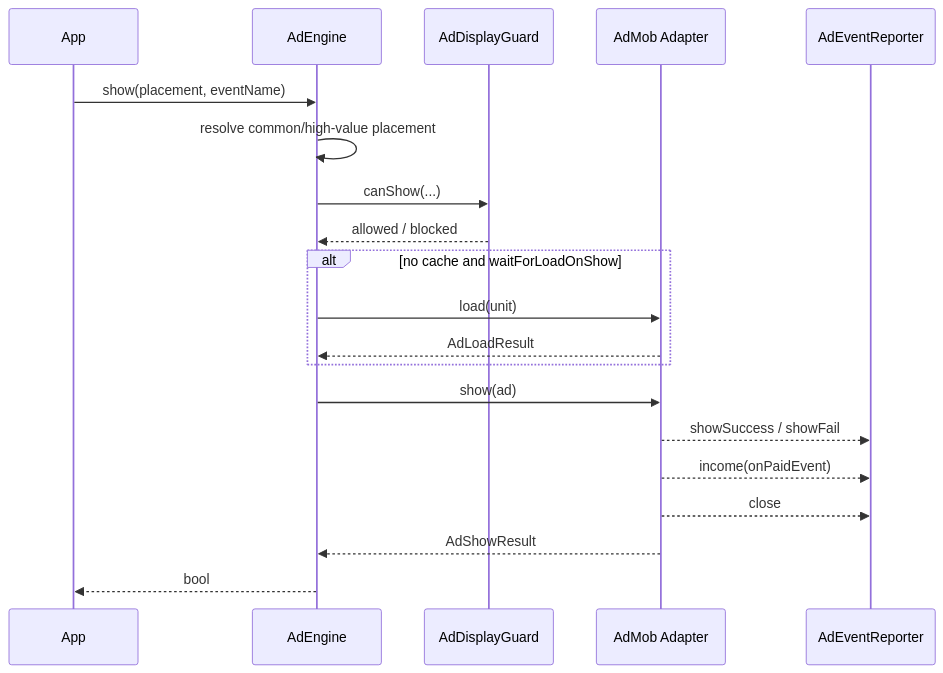
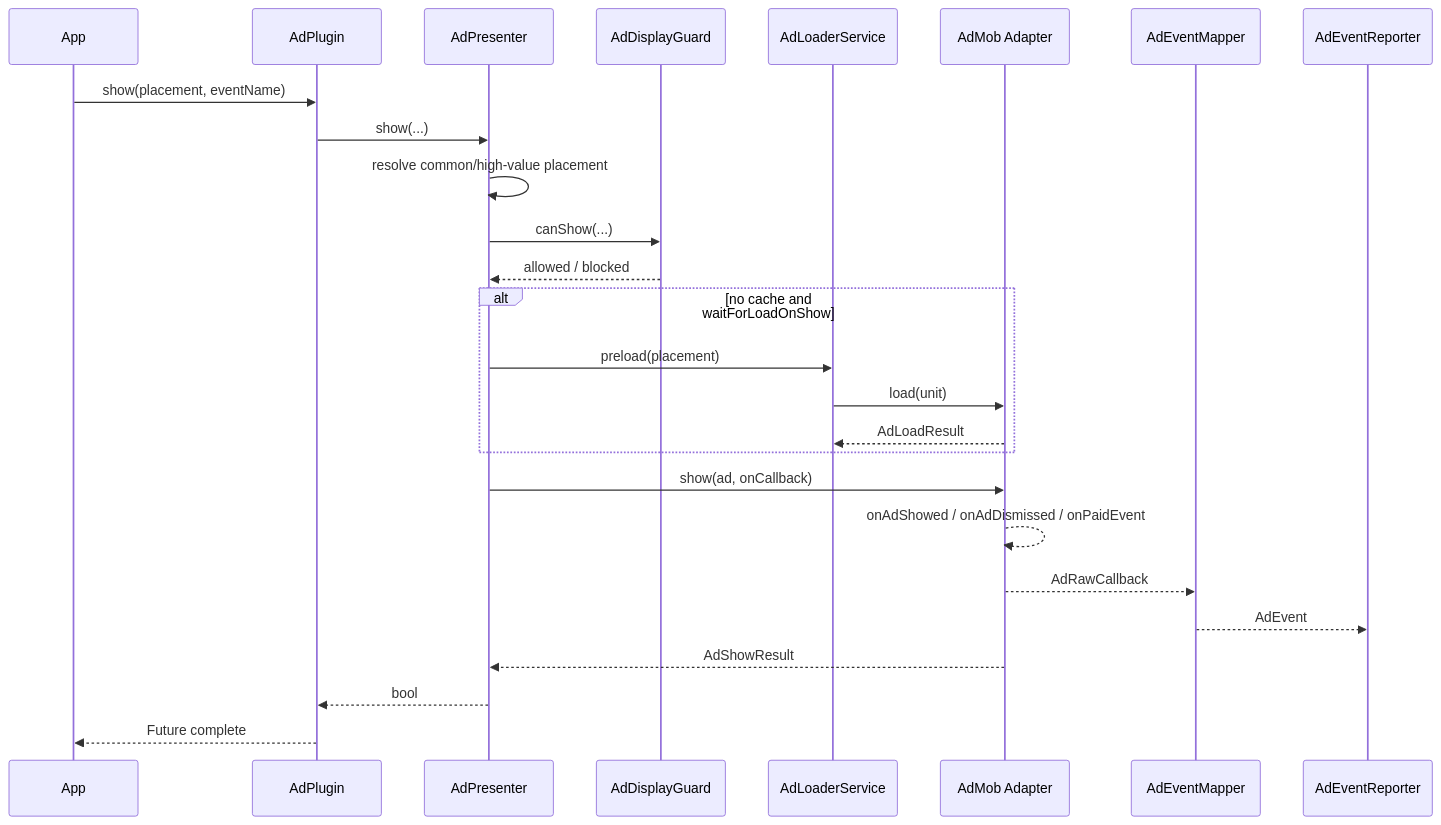
The fourth of 8 diagrams in README.md (yanmingLiu/flutter_ad_plugin), drawn with Mermaid before and after one commit. The commit also changed other lines of this file and 31 other files, not shown here.

````diff
--- a/README.md
+++ b/README.md
@@ -663,23 +704,29 @@
 ```mermaid
 sequenceDiagram
   participant App
-  participant Engine as AdEngine
+  participant Plugin as AdPlugin
+  participant Presenter as AdPresenter
   participant Guard as AdDisplayGuard
+  participant Loader as AdLoaderService
   participant Adapter as AdMob Adapter
+  participant Mapper as AdEventMapper
   participant Reporter as AdEventReporter
 
-  App->>Engine: show(placement, eventName)
-  Engine->>Engine: resolve common/high-value placement
-  Engine->>Guard: canShow(...)
-  Guard-->>Engine: allowed / blocked
+  App->>Plugin: show(placement, eventName)
+  Plugin->>Presenter: show(...)
+  Presenter->>Presenter: resolve common/high-value placement
+  Presenter->>Guard: canShow(...)
+  Guard-->>Presenter: allowed / blocked
   alt no cache and waitForLoadOnShow
-    Engine->>Adapter: load(unit)
-    Adapter-->>Engine: AdLoadResult
+    Presenter->>Loader: preload(placement)
+    Loader->>Adapter: load(unit)
+    Adapter-->>Loader: AdLoadResult
   end
-  Engine->>Adapter: show(ad)
-  Adapter-->>Reporter: showSuccess / showFail
-  Adapter-->>Reporter: income(onPaidEvent)
-  Adapter-->>Reporter: close
-  Adapter-->>Engine: AdShowResult
-  Engine-->>App: bool
+  Presenter->>Adapter: show(ad, onCallback)
+  Adapter-->>Adapter: onAdShowed / onAdDismissed / onPaidEvent
+  Adapter-->>Mapper: AdRawCallback
+  Mapper-->>Reporter: AdEvent
+  Adapter-->>Presenter: AdShowResult
+  Presenter-->>Plugin: bool
+  Plugin-->>App: Future complete
 ```
````
